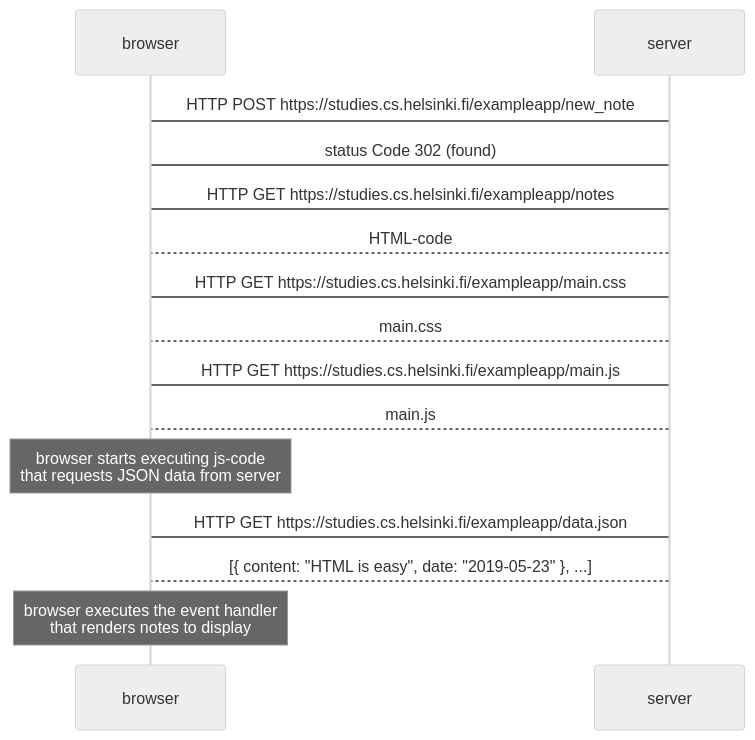
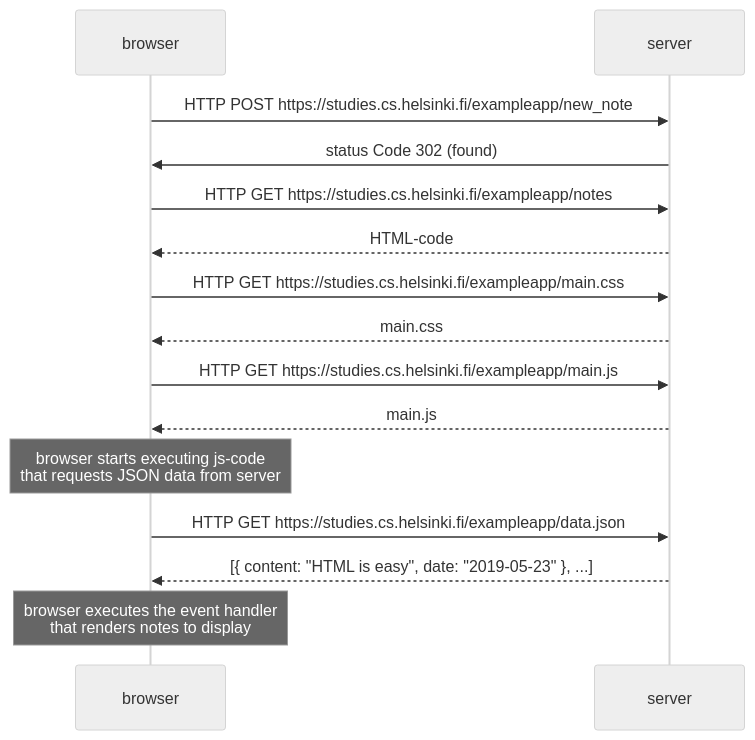
One commit to EduHz/Hernandez---OFS changed the first of 2 diagrams in part0/README.md. Above: the diagram before and after it, drawn with Mermaid (neutral theme). The commit also changed other lines of this file, not shown here.

````diff
--- a/part0/README.md
+++ b/part0/README.md
@@ -3,15 +3,15 @@
 ```mermaid
 sequenceDiagram
-browser->server: HTTP POST https://studies.cs.helsinki.fi/exampleapp/new_note
-server->browser: status Code 302 (found)
-browser->server: HTTP GET https://studies.cs.helsinki.fi/exampleapp/notes
-server-->browser: HTML-code
-browser->server: HTTP GET https://studies.cs.helsinki.fi/exampleapp/main.css
-server-->browser: main.css
-browser->server: HTTP GET https://studies.cs.helsinki.fi/exampleapp/main.js
-server-->browser: main.js
+browser->>server: HTTP POST https://studies.cs.helsinki.fi/exampleapp/new_note
+server->>browser: status Code 302 (found)
+browser->>server: HTTP GET https://studies.cs.helsinki.fi/exampleapp/notes
+server-->>browser: HTML-code
+browser->>server: HTTP GET https://studies.cs.helsinki.fi/exampleapp/main.css
+server-->>browser: main.css
+browser->>server: HTTP GET https://studies.cs.helsinki.fi/exampleapp/main.js
+server-->>browser: main.js
 Note over browser: browser starts executing js-code<br/>that requests JSON data from server 
-browser->server: HTTP GET https://studies.cs.helsinki.fi/exampleapp/data.json
-server-->browser: [{ content: "HTML is easy", date: "2019-05-23" }, ...]
+browser->>server: HTTP GET https://studies.cs.helsinki.fi/exampleapp/data.json
+server-->>browser: [{ content: "HTML is easy", date: "2019-05-23" }, ...]
 Note over browser: browser executes the event handler<br/>that renders notes to display
 ```
````
